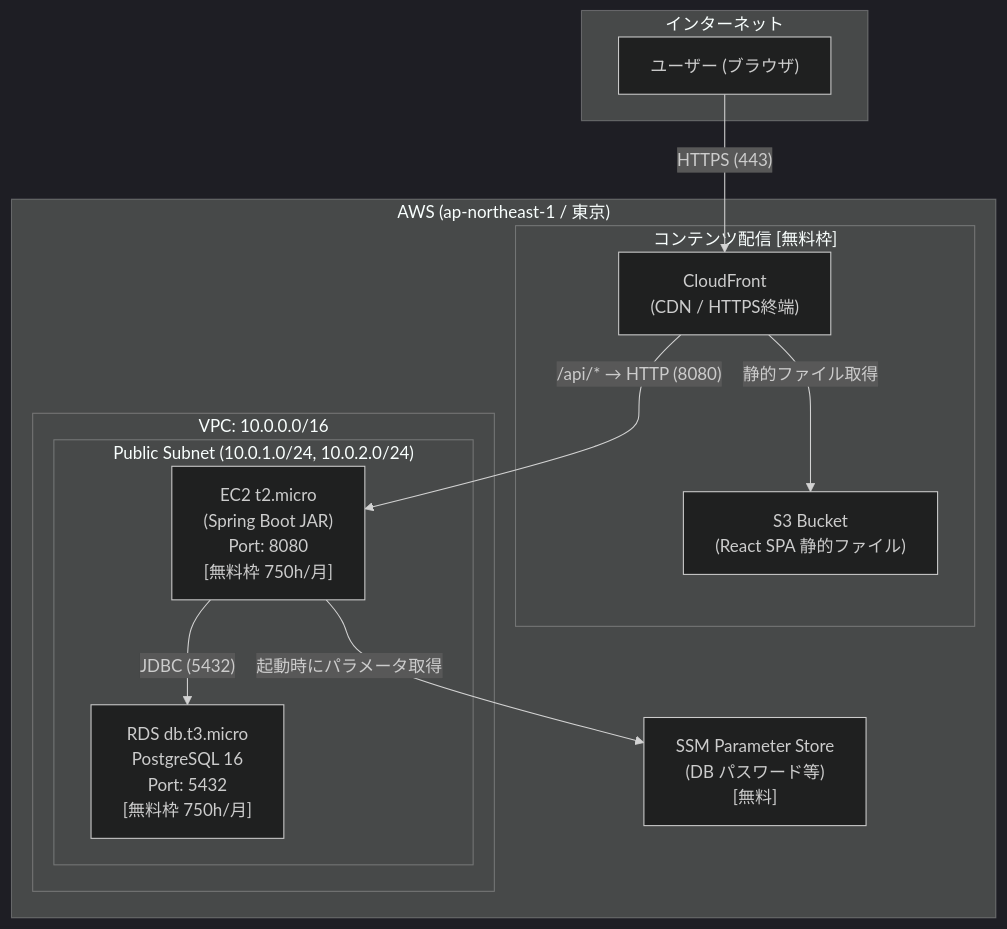
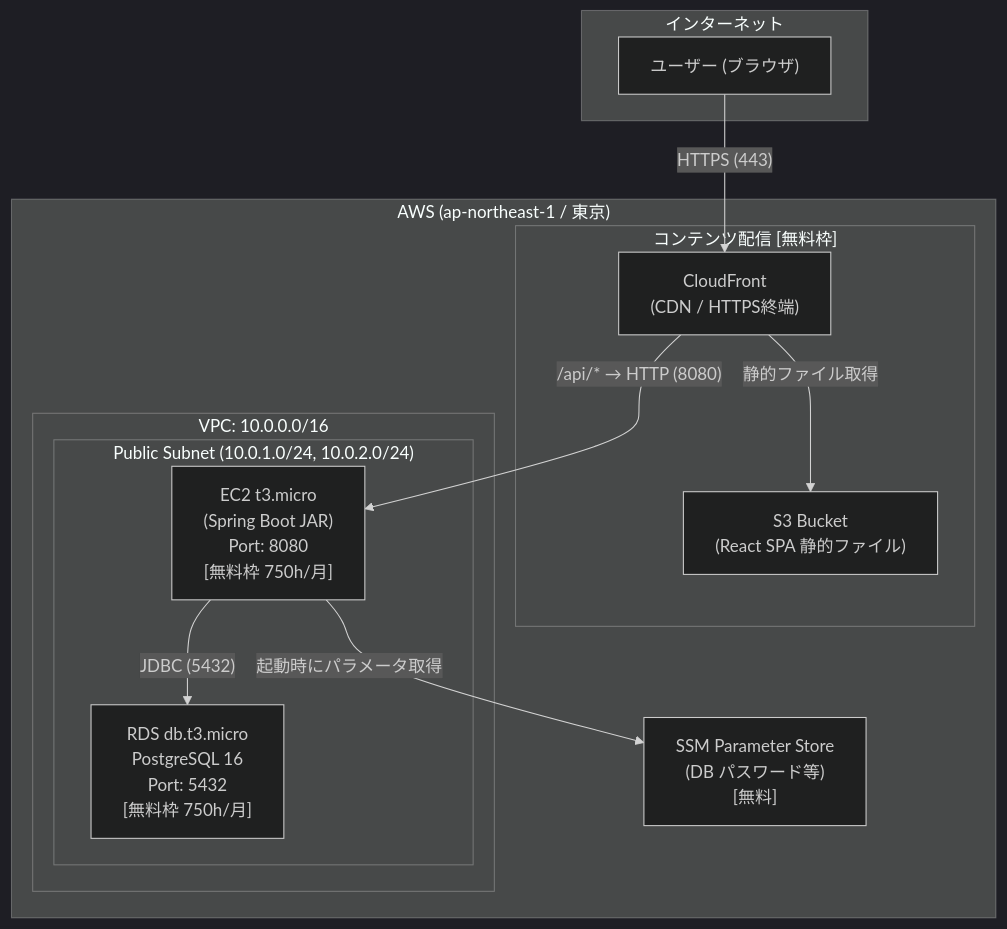
Before and after one commit to macmakobaseballer/TaskManagementForAI: the diagram in docs/aws-deploy-guide.md, drawn with Mermaid (dark theme). The commit also changed other lines of this file, not shown here.

Commit message:
docs: デプロイガイドの EC2 インスタンスタイプを t2.micro → t3.micro に統一

````diff
--- a/docs/aws-deploy-guide.md
+++ b/docs/aws-deploy-guide.md
@@ -26,28 +26,28 @@
 ```mermaid
 graph TB
     subgraph Internet["インターネット"]
         User["ユーザー (ブラウザ)"]
     end
 
     subgraph AWS["AWS (ap-northeast-1 / 東京)"]
         subgraph CDN["コンテンツ配信 [無料枠]"]
             CF["CloudFront\n(CDN / HTTPS終端)"]
             S3["S3 Bucket\n(React SPA 静的ファイル)"]
         end
 
         subgraph Network["VPC: 10.0.0.0/16"]
             subgraph PublicSubnet["Public Subnet (10.0.1.0/24, 10.0.2.0/24)"]
-                EC2["EC2 t2.micro\n(Spring Boot JAR)\nPort: 8080\n[無料枠 750h/月]"]
+                EC2["EC2 t3.micro\n(Spring Boot JAR)\nPort: 8080\n[無料枠 750h/月]"]
                 RDS["RDS db.t3.micro\nPostgreSQL 16\nPort: 5432\n[無料枠 750h/月]"]
             end
         end
 
         SSM["SSM Parameter Store\n(DB パスワード等)\n[無料]"]
     end
 
     User -->|"HTTPS (443)"| CF
     CF -->|"静的ファイル取得"| S3
     CF -->|"/api/* → HTTP (8080)"| EC2
     EC2 -->|"JDBC (5432)"| RDS
     EC2 -->|"起動時にパラメータ取得"| SSM
 ```
````
